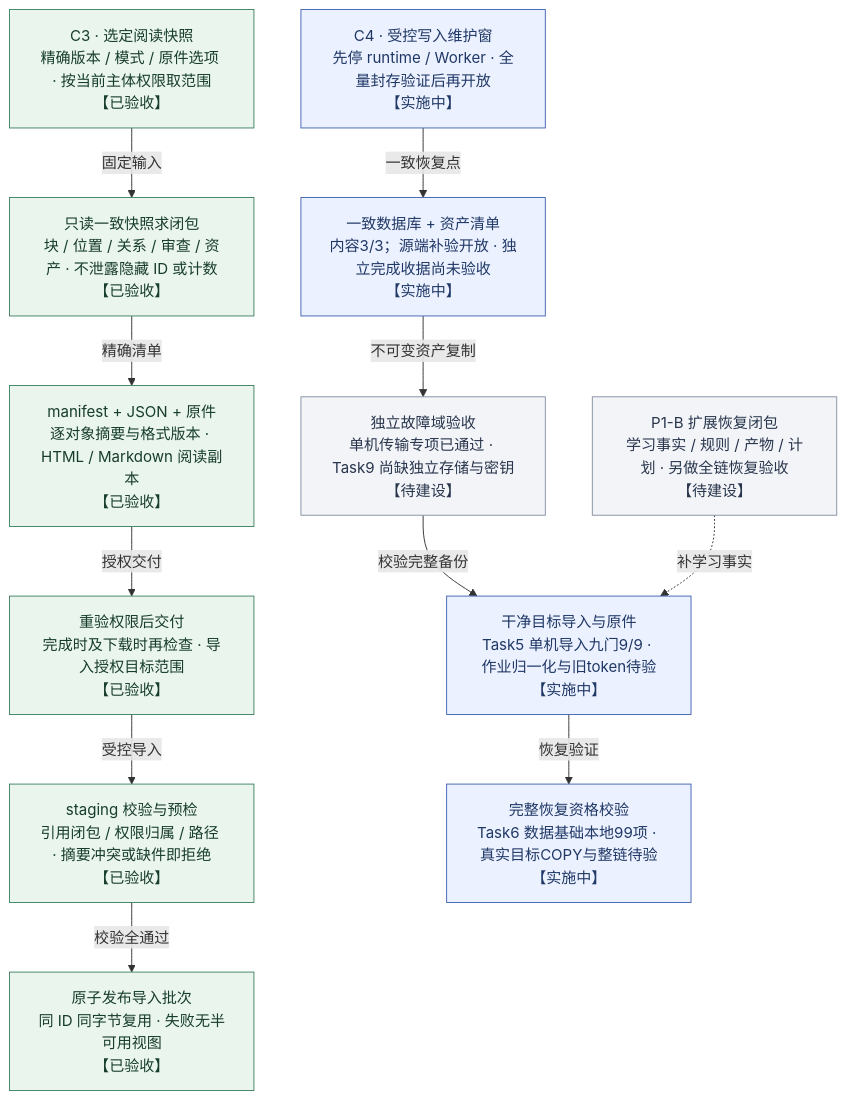
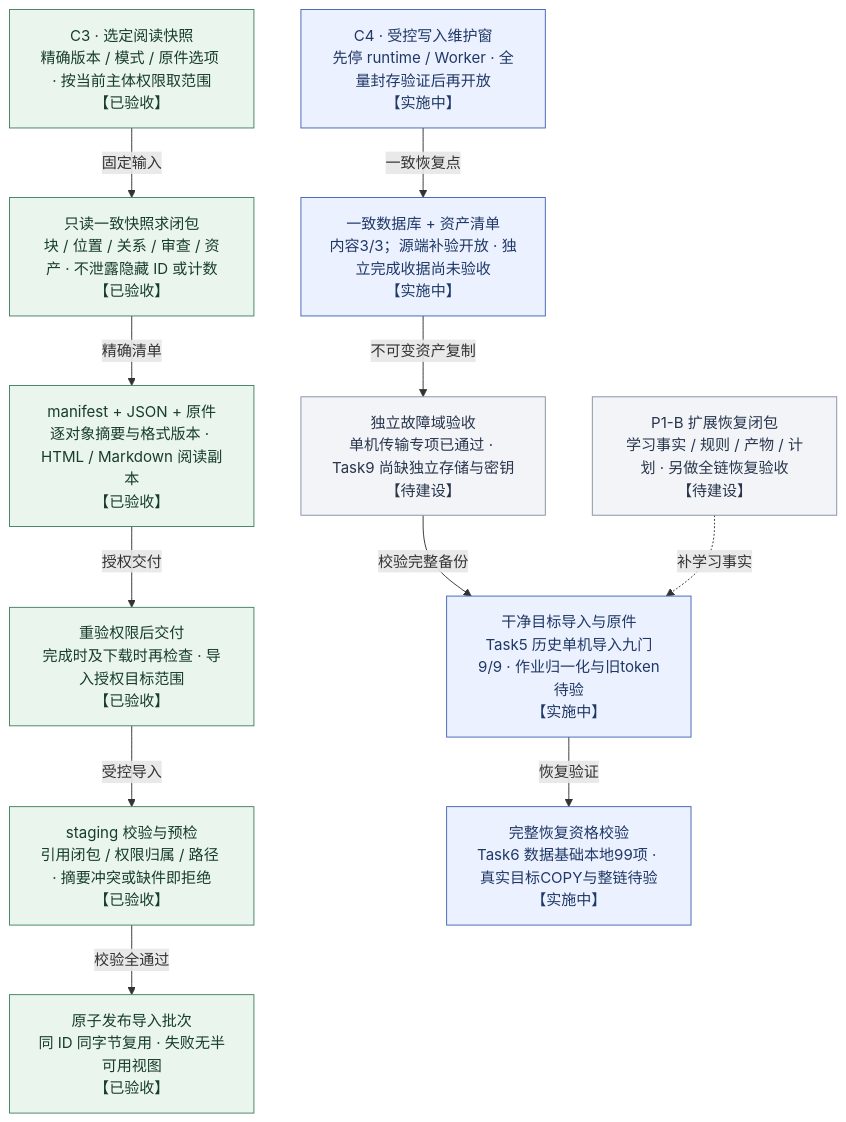
One commit to MansurnamedZhang/learning-system-p0c4 changed the eighth of 9 diagrams in docs/KnowWeave实施路线与系统架构.md. Above: the diagram before and after it, drawn with Mermaid. The commit also changed other lines of this file and 4 other files, not shown here.

````diff
--- a/docs/KnowWeave实施路线与系统架构.md
+++ b/docs/KnowWeave实施路线与系统架构.md
@@ -360,32 +360,32 @@
 ```mermaid
 flowchart TB
     view["C3 · 选定阅读快照<br/>精确版本 / 模式 / 原件选项 · 按当前主体权限取范围<br/>【已验收】"]
     closure["只读一致快照求闭包<br/>块 / 位置 / 关系 / 审查 / 资产 · 不泄露隐藏 ID 或计数<br/>【已验收】"]
     bundle["manifest + JSON + 原件<br/>逐对象摘要与格式版本 · HTML / Markdown 阅读副本<br/>【已验收】"]
     visible["原子发布导入批次<br/>同 ID 同字节复用 · 失败无半可用视图<br/>【已验收】"]
     preflight["staging 校验与预检<br/>引用闭包 / 权限归属 / 路径 · 摘要冲突或缺件即拒绝<br/>【已验收】"]
     delivery["重验权限后交付<br/>完成时及下载时再检查 · 导入授权目标范围<br/>【已验收】"]
     pause["C4 · 受控写入维护窗<br/>先停 runtime / Worker · 全量封存验证后再开放<br/>【实施中】"]
     backup["一致数据库 + 资产清单<br/>内容3/3；源端补验开放 · 独立完成收据尚未验收<br/>【实施中】"]
     copy["独立故障域验收<br/>单机传输专项已通过 · Task9 尚缺独立存储与密钥<br/>【待建设】"]
     check["完整恢复资格校验<br/>Task6 数据基础本地99项 · 真实目标COPY与整链待验<br/>【实施中】"]
-    restore["干净目标导入与原件<br/>Task5 单机导入九门9/9 · 作业归一化与旧token待验<br/>【实施中】"]
+    restore["干净目标导入与原件<br/>Task5 历史单机导入九门9/9 · 作业归一化与旧token待验<br/>【实施中】"]
     future["P1-B 扩展恢复闭包<br/>学习事实 / 规则 / 产物 / 计划 · 另做全链恢复验收<br/>【待建设】"]
     view -- "固定输入" --> closure
     closure -- "精确清单" --> bundle
     bundle -- "授权交付" --> delivery
     delivery -- "受控导入" --> preflight
     preflight -- "校验全通过" --> visible
     pause -- "一致恢复点" --> backup
     backup -- "不可变资产复制" --> copy
     copy -- "校验完整备份" --> restore
     restore -- "恢复验证" --> check
     future -. "补学习事实" .-> restore
     class view,closure,bundle,visible,preflight,delivery done
     class pause,backup,check,restore next
     class copy,future planned
     classDef done fill:#eaf5ee,stroke:#438363,color:#173d2b
     classDef next fill:#ebf1ff,stroke:#4365b4,color:#203866
     classDef planned fill:#f2f4f8,stroke:#8591a3,color:#28354b
     classDef optional fill:#f3ecfb,stroke:#9271b0,color:#4a3362
 ```
````
